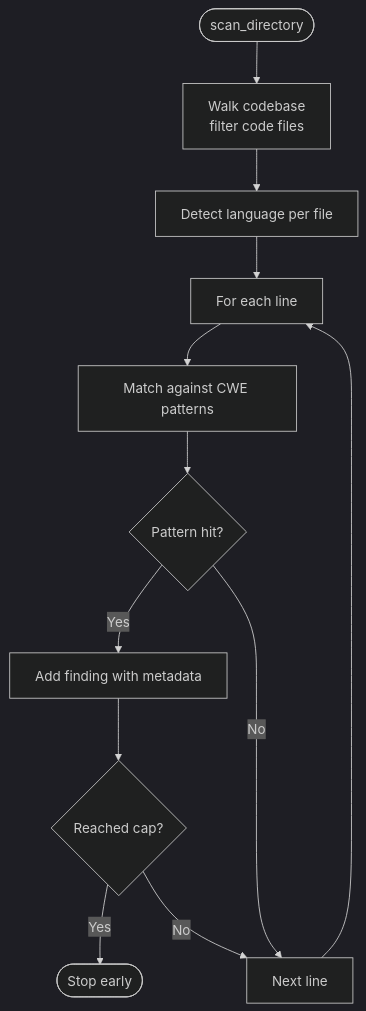
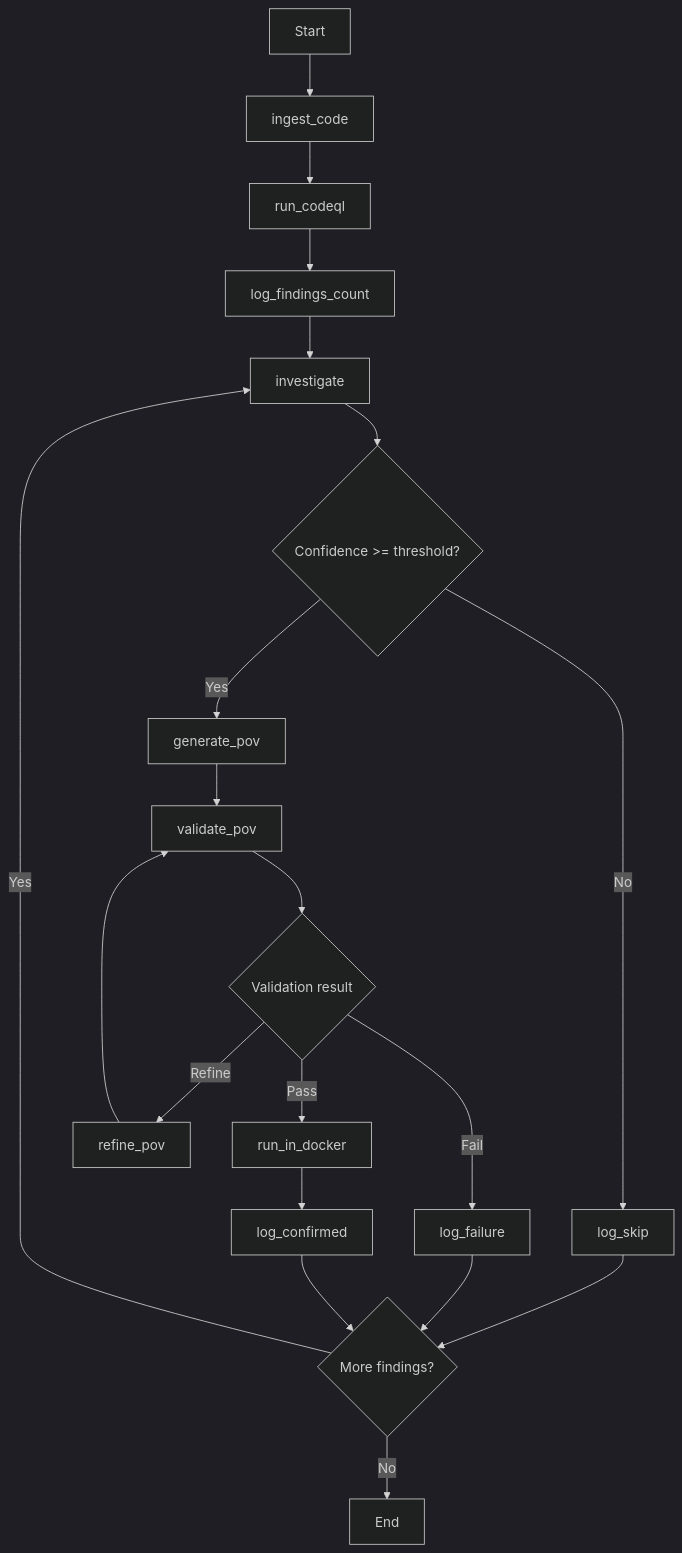
The third of 6 diagrams in .qoder/repowiki/en/content/Agent System/Agent System.md (keysight-anya/AutoPoV), drawn with Mermaid (dark theme) before and after one commit. The commit also changed other lines of this file and 150 other files, not shown here.

````diff
--- a/.qoder/repowiki/en/content/Agent System/Agent System.md
+++ b/.qoder/repowiki/en/content/Agent System/Agent System.md
@@ -185,14 +154,22 @@
 ```mermaid
 flowchart TD
-Start(["scan_directory"]) --> Walk["Walk codebase<br/>filter code files"]
-Walk --> Detect["Detect language per file"]
-Detect --> ForEachLine["For each line"]
-ForEachLine --> Match["Match against CWE patterns"]
-Match --> Found{"Pattern hit?"}
-Found --> |Yes| AddFinding["Add finding with metadata"]
-Found --> |No| NextLine["Next line"]
-AddFinding --> Cap{"Reached cap?"}
-Cap --> |Yes| Stop(["Stop early"])
-Cap --> |No| NextLine
-NextLine --> ForEachLine
+S["Start"] --> I["ingest_code"]
+I --> D["run_codeql"]
+D --> LFC["log_findings_count"]
+LFC --> INV["investigate"]
+INV --> DECIDE{"Confidence >= threshold?"}
+DECIDE --> |Yes| GEN["generate_pov"]
+DECIDE --> |No| SKIP["log_skip"]
+GEN --> VAL["validate_pov"]
+VAL --> VDECIDE{"Validation result"}
+VDECIDE --> |Pass| RUN["run_in_docker"]
+VDECIDE --> |Refine| REF["refine_pov"]
+VDECIDE --> |Fail| FAIL["log_failure"]
+REF --> VAL
+RUN --> CONF["log_confirmed"]
+SKIP --> NEXT{"More findings?"}
+FAIL --> NEXT
+CONF --> NEXT
+NEXT --> |Yes| INV
+NEXT --> |No| END["End"]
 ```
````
